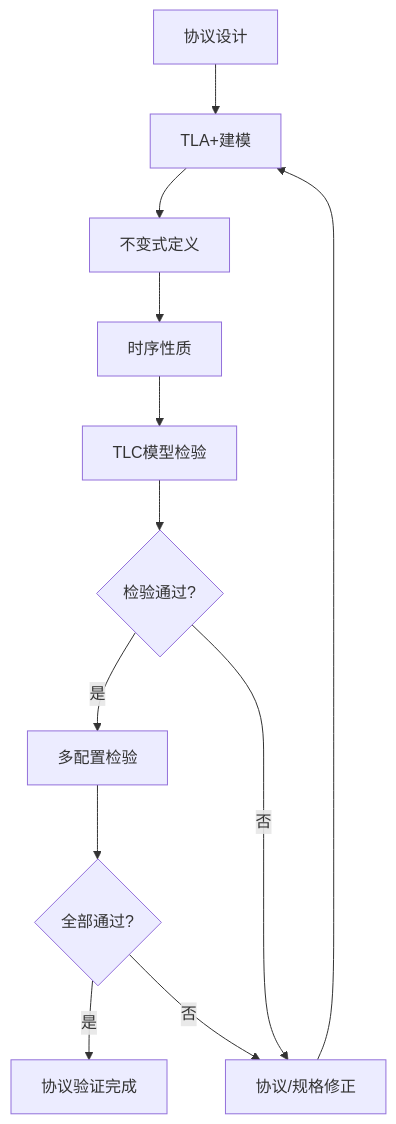
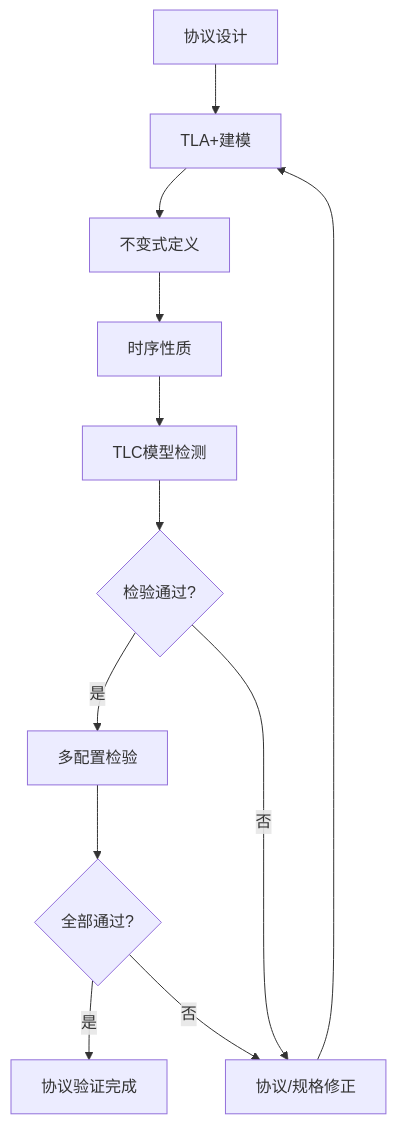
One commit to AdaMartin18010/AnalysisDataFlow changed the fifth of 5 diagrams in formal-methods/06-tools/industrial/02-azure-verification.md. Above: the diagram before and after it, drawn with Mermaid. The commit also changed other lines of this file and 129 other files, not shown here.

````diff
--- a/formal-methods/06-tools/industrial/02-azure-verification.md
+++ b/formal-methods/06-tools/industrial/02-azure-verification.md
@@ -278,14 +278,14 @@
 ```mermaid
 flowchart TD
     A[协议设计] --> B[TLA+建模]
     B --> C[不变式定义]
     C --> D[时序性质]
-    D --> E[TLC模型检验]
+    D --> E[TLC模型检测]
     E --> F{检验通过?}
     F -->|是| G[多配置检验]
     F -->|否| H[协议/规格修正]
     H --> B
     G --> I{全部通过?}
     I -->|是| J[协议验证完成]
     I -->|否| H
 ```
````
